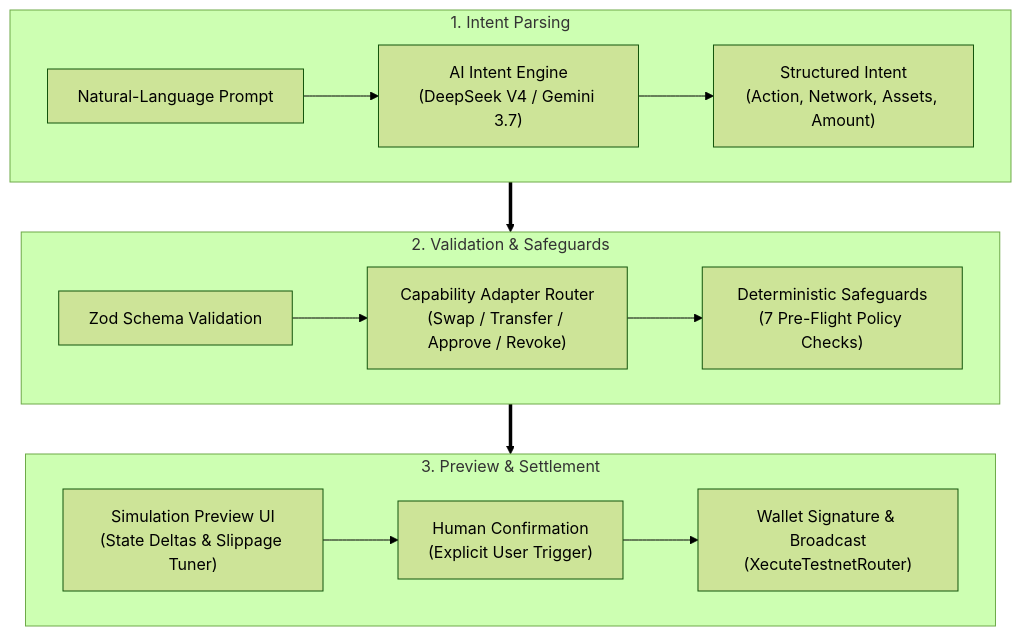
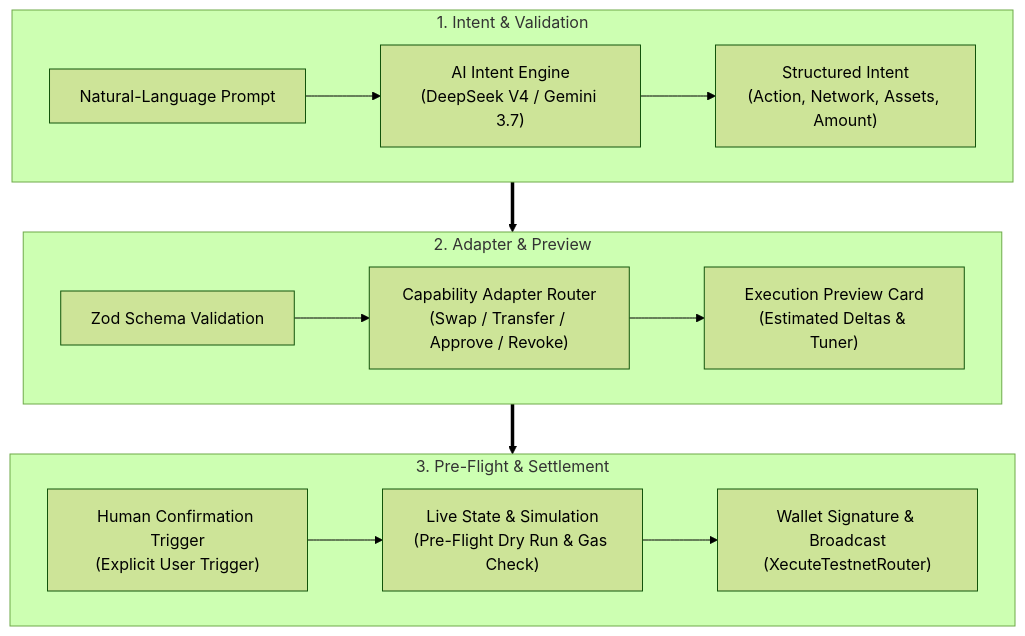
One commit to eugenennamdi/xecute changed the diagram in README.md. Above: the diagram before and after it, drawn with Mermaid (forest theme). The commit also changed other lines of this file and 14 other files, not shown here.

Commit message:
docs: documentation-only truthfulness pass on execution boundaries, safeguards, and router disclosures

````diff
--- a/README.md
+++ b/README.md
@@ -79,16 +79,16 @@
 ```mermaid
 flowchart TB
-    subgraph P1["1. Intent Parsing"]
+    subgraph P1["1. Intent & Validation"]
         direction LR
         A["Natural-Language Prompt"] --> B["AI Intent Engine<br/>(DeepSeek V4 / Gemini 3.7)"] --> C["Structured Intent<br/>(Action, Network, Assets, Amount)"]
     end
-    subgraph P2["2. Validation & Safeguards"]
+    subgraph P2["2. Adapter & Preview"]
         direction LR
-        D["Zod Schema Validation"] --> E["Capability Adapter Router<br/>(Swap / Transfer / Approve / Revoke)"] --> F["Deterministic Safeguards<br/>(7 Pre-Flight Policy Checks)"]
+        D["Zod Schema Validation"] --> E["Capability Adapter Router<br/>(Swap / Transfer / Approve / Revoke)"] --> F["Execution Preview Card<br/>(Estimated Deltas & Tuner)"]
     end
-    subgraph P3["3. Preview & Settlement"]
+    subgraph P3["3. Pre-Flight & Settlement"]
         direction LR
-        G["Simulation Preview UI<br/>(State Deltas & Slippage Tuner)"] --> H["Human Confirmation<br/>(Explicit User Trigger)"] --> I["Wallet Signature & Broadcast<br/>(XecuteTestnetRouter)"]
+        G["Human Confirmation Trigger<br/>(Explicit User Trigger)"] --> H["Live State & Simulation<br/>(Pre-Flight Dry Run & Gas Check)"] --> I["Wallet Signature & Broadcast<br/>(XecuteTestnetRouter)"]
     end
     P1 ==> P2 ==> P3
 ```
````
